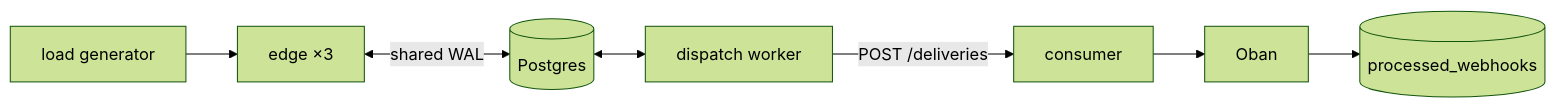
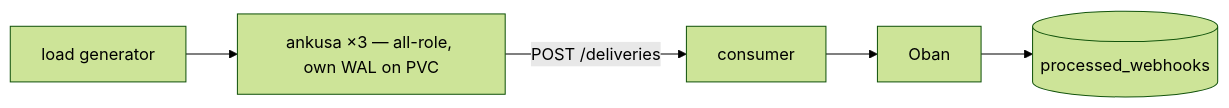
One commit to jamescarr/ankusa changed the fifth of 5 diagrams in examples/README.md. Above: the diagram before and after it, drawn with Mermaid (forest theme). The commit also changed other lines of this file and 98 other files, not shown here.

First line of the commit message:
refactor(wal)!: remove ingest dedup and the Postgres WAL

````diff
--- a/examples/README.md
+++ b/examples/README.md
@@ -87,9 +87,7 @@
 ```mermaid
 flowchart LR
-    L[load generator] --> E[edge ×3]
-    E <-->|shared WAL| PG[(Postgres)]
-    PG <--> D[dispatch worker]
-    D -->|POST /deliveries| C[consumer]
+    L[load generator] --> N[ankusa ×3 — all-role, own WAL on PVC]
+    N -->|POST /deliveries| C[consumer]
     C --> OJ[Oban]
     OJ --> DB[(processed_webhooks)]
 ```
````
